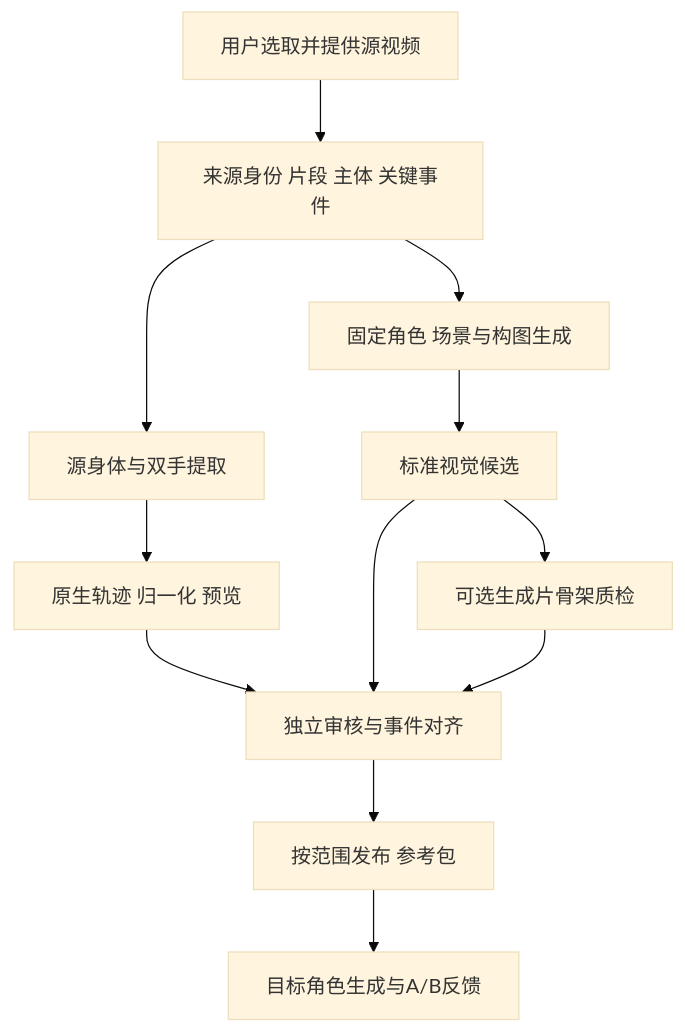
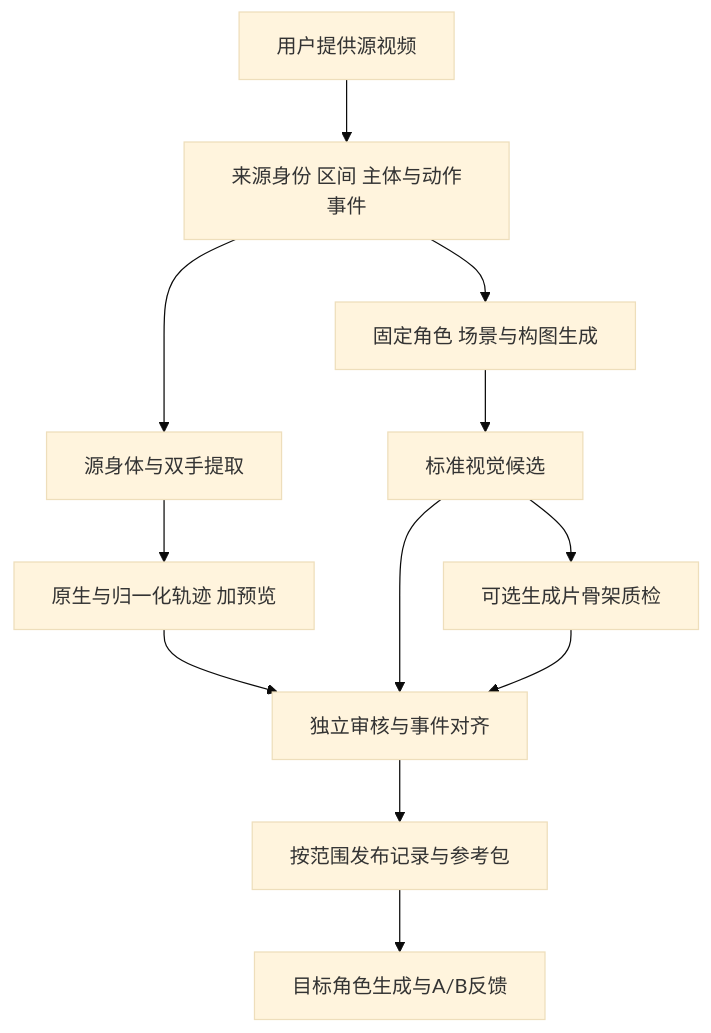
The diagram in README.zh-CN.md (copypasteltd/Hottest-animation-clones), drawn with Mermaid (base theme) before and after one commit. The commit also changed other lines of this file and 3 other files, not shown here.

````diff
--- a/README.zh-CN.md
+++ b/README.zh-CN.md
@@ -36,14 +36,14 @@
 ```mermaid
 flowchart TD
-    A[用户选取并提供源视频] --> B[来源身份 片段 主体 关键事件]
+    A[用户提供源视频] --> B[来源身份 区间 主体与动作事件]
     B --> C[源身体与双手提取]
     B --> D[固定角色 场景与构图生成]
-    C --> E[原生轨迹 归一化 预览]
+    C --> E[原生与归一化轨迹 加预览]
     D --> F[标准视觉候选]
     F --> G[可选生成片骨架质检]
     E --> H[独立审核与事件对齐]
     F --> H
     G --> H
-    H --> I[按范围发布 参考包]
+    H --> I[按范围发布记录与参考包]
     I --> J[目标角色生成与A/B反馈]
 ```
````
